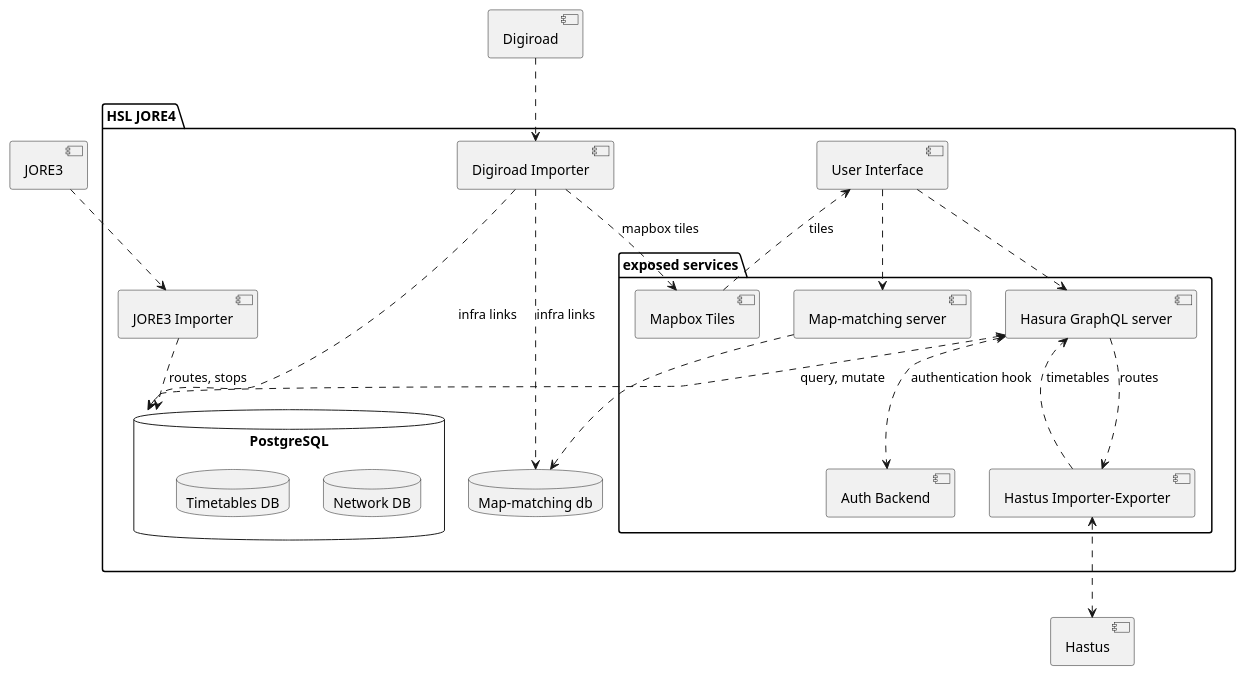
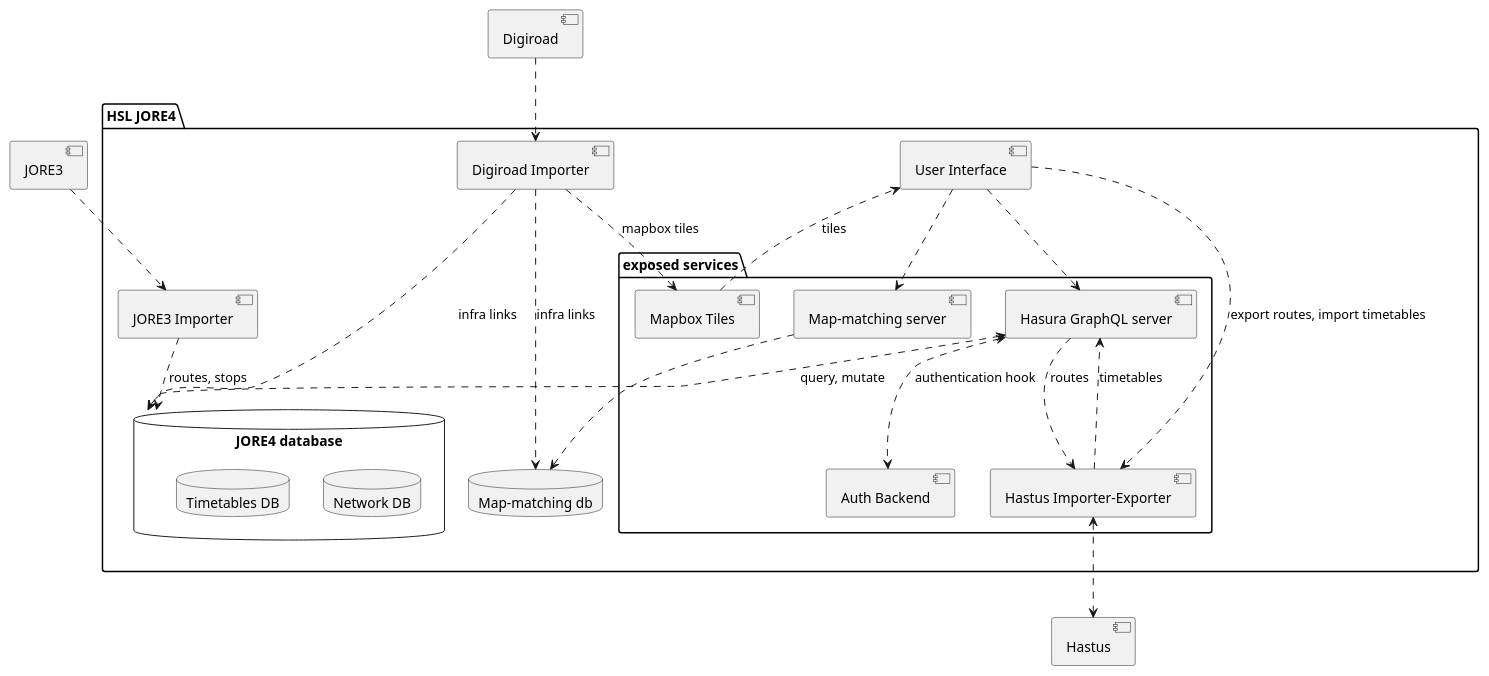
One commit to HSLdevcom/jore4 changed the diagram in wiki/images/microservices.puml. Above: the diagram before and after it, drawn with PlantUML.

Commit message:
Update microservice diagram

```diff
--- a/wiki/images/microservices.puml
+++ b/wiki/images/microservices.puml
@@ -1,52 +1,54 @@
 @startuml Microservices
 
 [JORE3] as JORE3
 
 [Hastus] as Hastus
 
 [Digiroad] as Digiroad
 
 package "HSL JORE4" {
   [User Interface] as UI
   package "exposed services" {
     [Mapbox Tiles] as MBTiles
     [Auth Backend] as Auth
     [Hasura GraphQL server] as Hasura
     [Map-matching server] as Mapmatching
     [Hastus Importer-Exporter] as HastusService
   }
   [Digiroad Importer] as DigiroadService
   [JORE3 Importer] as Jore3Service
-  database "PostgreSQL" as DB {
+  database "JORE4 database" as DB {
     database "Network DB" as NetworkDB
     database "Timetables DB" as TimetablesDB
   }
   database "Map-matching db" as MapmatchingDB
 }
 
 ' JORE3 flow
 JORE3 ..> Jore3Service
 Jore3Service ..> DB : routes, stops
 
 ' Digiroad flow
 Digiroad ..> DigiroadService
 DigiroadService ..> MapmatchingDB : infra links
 DigiroadService ..> DB : infra links
 DigiroadService ..> MBTiles : mapbox tiles
 MBTiles ..> UI : tiles
 
 ' Auth flow
 UI .down.> Hasura
 Hasura <..> Auth : authentication hook
 Hasura <..> DB : query, mutate
 
 ' Map-matching flow
 UI .down.> Mapmatching
 Mapmatching ..> MapmatchingDB
 
 ' Hastus flow
 Hasura ..> HastusService : routes
 HastusService ..> Hasura : timetables
 HastusService <..> Hastus
+UI ..> HastusService : export routes, import timetables
+
 
 @enduml
```
